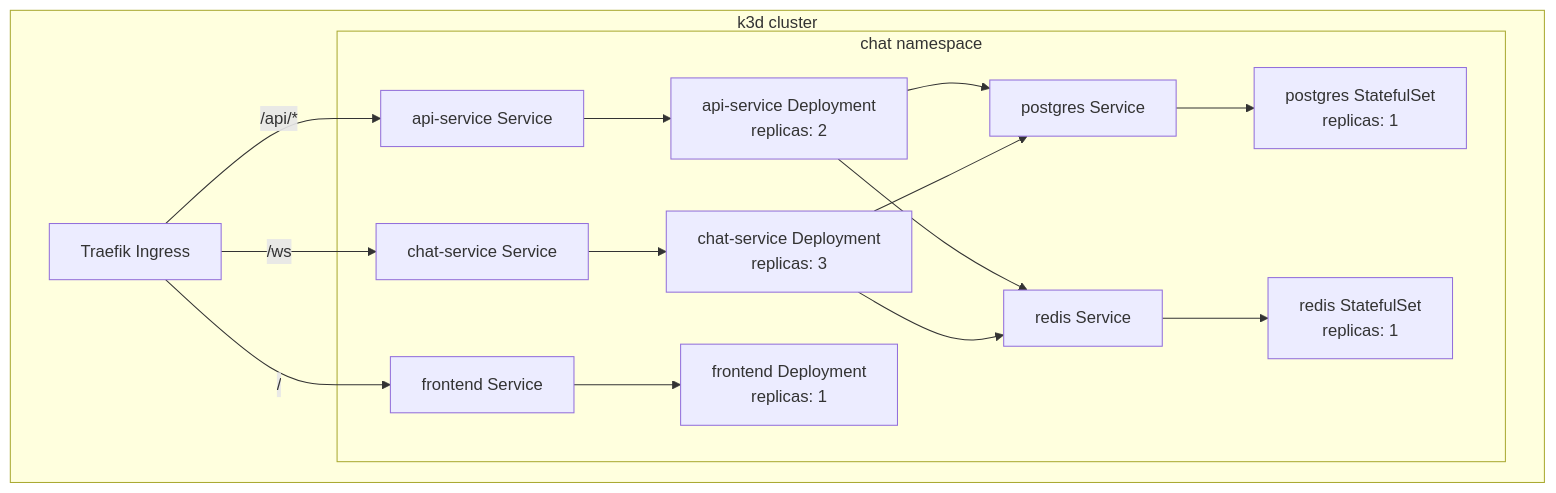
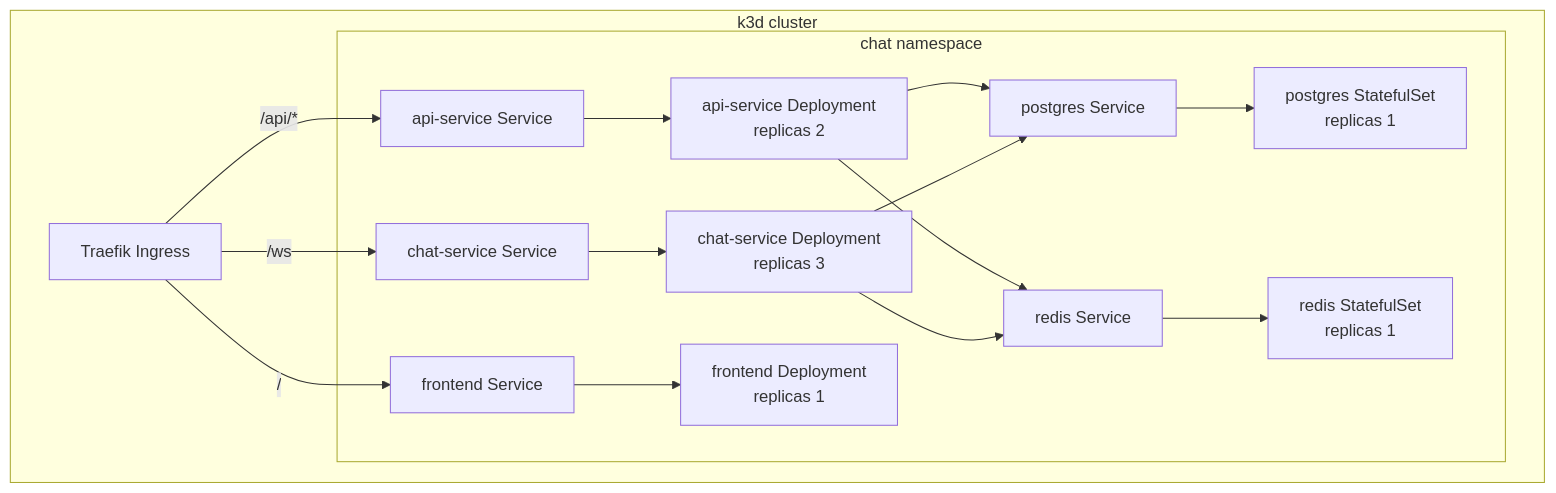
Before and after one commit to prodmatze/distributed_systems_sose_2026: the seventh of 7 diagrams in docs/ARCHITECTURE.md, drawn with Mermaid. The commit also changed other lines of this file and 1 other file, not shown here.

Commit message:
fixed mermaid structure

````diff
--- a/docs/ARCHITECTURE.md
+++ b/docs/ARCHITECTURE.md
@@ -317,35 +318,35 @@
 ```mermaid
 flowchart TB
-    subgraph Cluster[k3d cluster]
-        Ing[Traefik Ingress]
+    subgraph Cluster["k3d cluster"]
+        Ing["Traefik Ingress"]
 
-        subgraph NS[chat namespace]
-            APID[api-service Deployment<br/>replicas: 2]
-            WSD[chat-service Deployment<br/>replicas: 3]
-            PGSS[postgres StatefulSet<br/>replicas: 1]
-            RDSS[redis StatefulSet<br/>replicas: 1]
-            FEDP[frontend Deployment<br/>replicas: 1]
+        subgraph NS["chat namespace"]
+            APID["api-service Deployment<br/>replicas 2"]
+            WSD["chat-service Deployment<br/>replicas 3"]
+            PGSS["postgres StatefulSet<br/>replicas 1"]
+            RDSS["redis StatefulSet<br/>replicas 1"]
+            FEDP["frontend Deployment<br/>replicas 1"]
 
-            APIS[api-service Service]
-            WSS[chat-service Service]
-            PGS[postgres Service]
-            RDS[redis Service]
-            FES[frontend Service]
+            APIS["api-service Service"]
+            WSS["chat-service Service"]
+            PGS["postgres Service"]
+            RDS["redis Service"]
+            FES["frontend Service"]
         end
 
-        Ing -->|/api/*| APIS
-        Ing -->|/ws| WSS
-        Ing -->|/| FES
+        Ing -->|"/api/*"| APIS
+        Ing -->|"/ws"| WSS
+        Ing -->|"/"| FES
 
         APIS --> APID
         WSS --> WSD
         PGS --> PGSS
         RDS --> RDSS
         FES --> FEDP
 
         APID --> PGS
         APID --> RDS
         WSD --> PGS
         WSD --> RDS
     end
 ```
````
